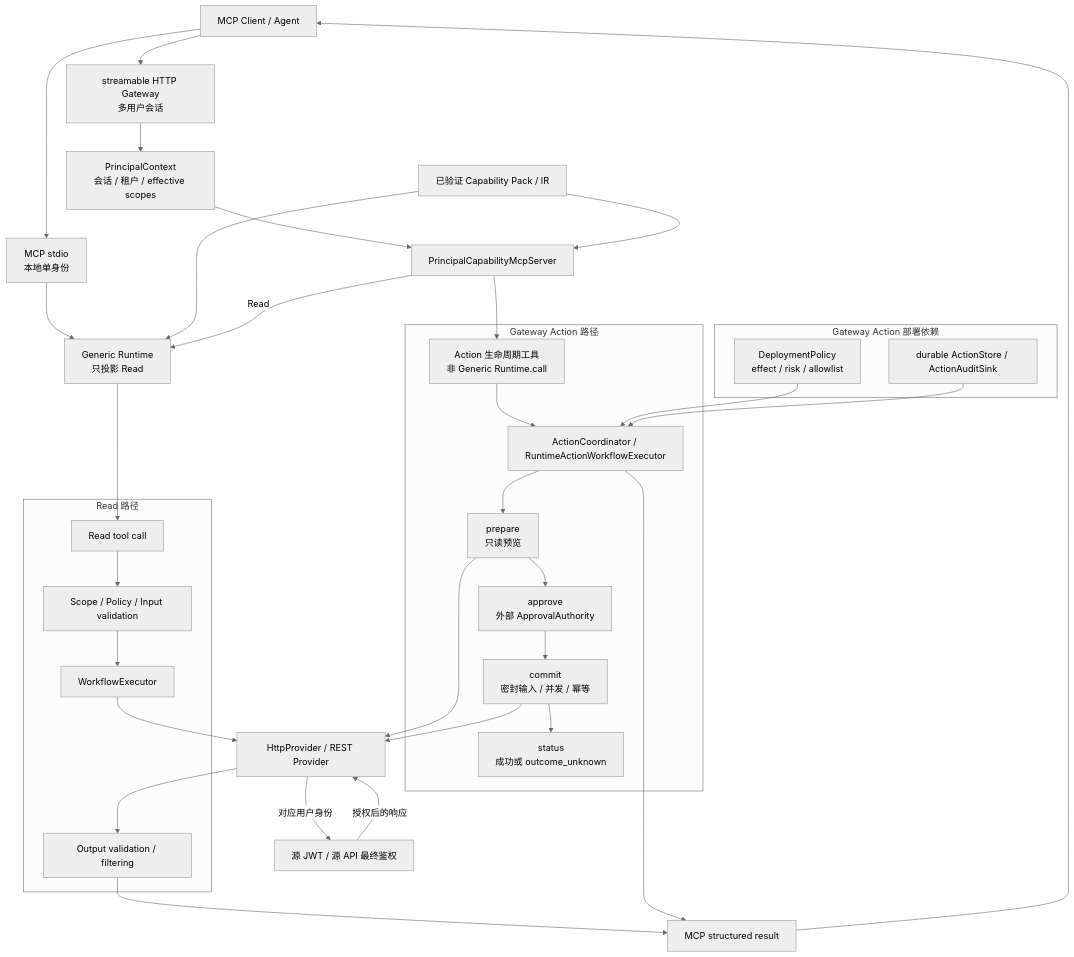
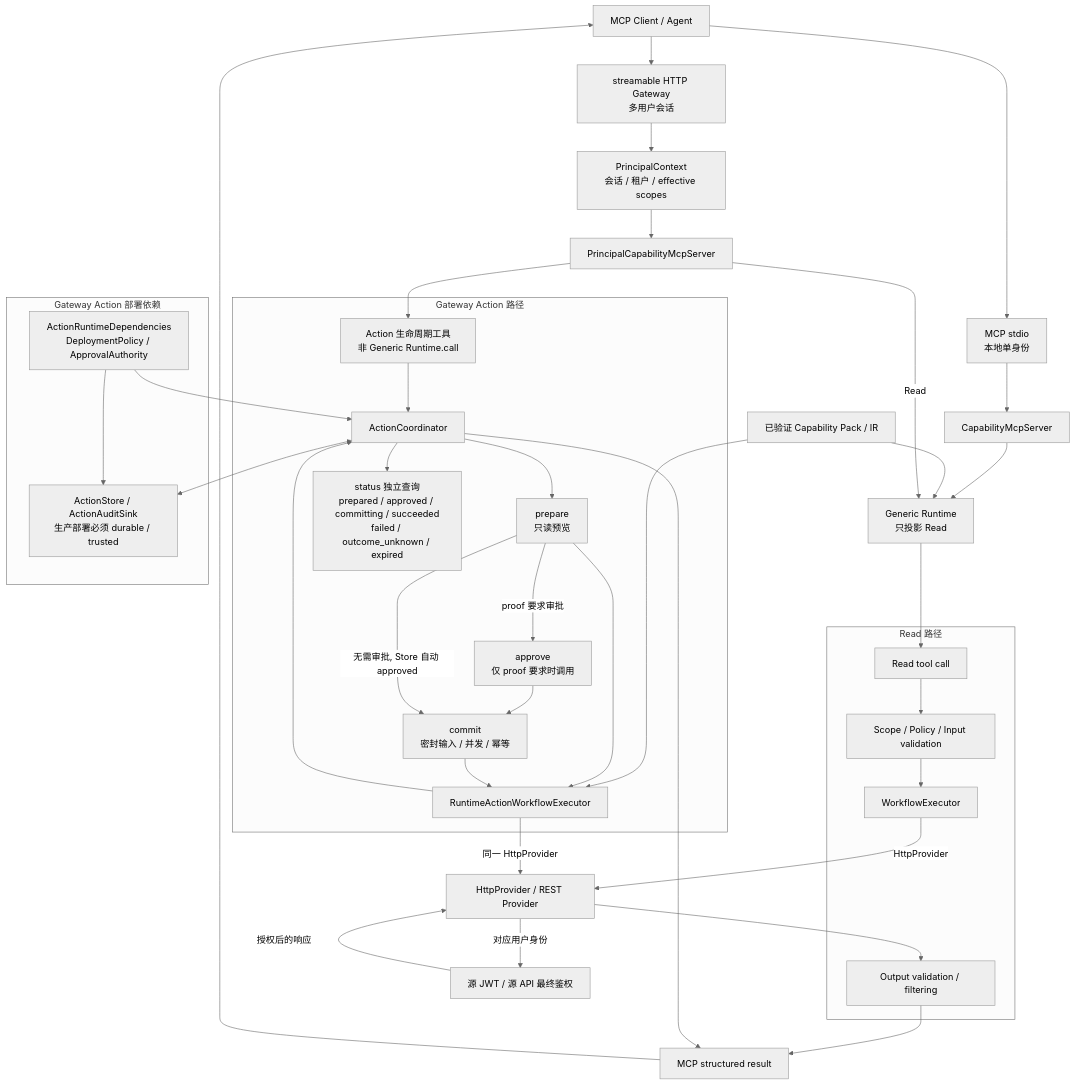
One commit to huang0752/agent-capability-compiler changed the third of 3 diagrams in README.md. Above: the diagram before and after it, drawn with Mermaid (neutral theme). The commit also changed other lines of this file and 1 other file, not shown here.

Commit message:
docs(readme): 修正 ACC 架构拓扑

````diff
--- a/README.md
+++ b/README.md
@@ -145,53 +147,61 @@
 ```mermaid
 flowchart TB
   MCP_CLIENT["MCP Client / Agent"]
   STDIO["MCP stdio<br/>本地单身份"]
   GATEWAY["streamable HTTP Gateway<br/>多用户会话"]
   PRINCIPAL["PrincipalContext<br/>会话 / 租户 / effective scopes"]
-  MCP_SERVER["PrincipalCapabilityMcpServer"]
+  STDIO_SERVER["CapabilityMcpServer"]
+  PRINCIPAL_SERVER["PrincipalCapabilityMcpServer"]
   PACK_LOAD["已验证 Capability Pack / IR"]
   RUNTIME_CORE["Generic Runtime<br/>只投影 Read"]
 
   subgraph read_path["Read 路径"]
     READ_CALL["Read tool call"]
     READ_GUARD["Scope / Policy / Input validation"]
     WORKFLOW["WorkflowExecutor"]
     OUTPUT["Output validation / filtering"]
   end
 
   subgraph action_path["Gateway Action 路径"]
     ACTION_TOOLS["Action 生命周期工具<br/>非 Generic Runtime.call"]
     PREPARE["prepare<br/>只读预览"]
-    APPROVE["approve<br/>外部 ApprovalAuthority"]
+    APPROVE["approve<br/>仅 proof 要求时调用"]
     COMMIT["commit<br/>密封输入 / 并发 / 幂等"]
-    STATUS["status<br/>成功或 outcome_unknown"]
-    COORDINATOR["ActionCoordinator / RuntimeActionWorkflowExecutor"]
+    STATUS["status 独立查询<br/>prepared / approved / committing / succeeded<br/>failed / outcome_unknown / expired"]
+    COORDINATOR["ActionCoordinator"]
+    ACTION_EXEC["RuntimeActionWorkflowExecutor"]
   end
 
   subgraph deployment["Gateway Action 部署依赖"]
-    DEPLOY["DeploymentPolicy<br/>effect / risk / allowlist"]
-    STATE["durable ActionStore / ActionAuditSink"]
+    ACTION_DEPS["ActionRuntimeDependencies<br/>DeploymentPolicy / ApprovalAuthority"]
+    STATE["ActionStore / ActionAuditSink<br/>生产部署必须 durable / trusted"]
   end
 
   PROVIDER["HttpProvider / REST Provider"]
   SOURCE_AUTH["源 JWT / 源 API 最终鉴权"]
   RESULT["MCP structured result"]
 
-  MCP_CLIENT --> STDIO --> RUNTIME_CORE
-  MCP_CLIENT --> GATEWAY --> PRINCIPAL --> MCP_SERVER
+  MCP_CLIENT --> STDIO --> STDIO_SERVER --> RUNTIME_CORE
+  MCP_CLIENT --> GATEWAY --> PRINCIPAL --> PRINCIPAL_SERVER
   PACK_LOAD --> RUNTIME_CORE
-  PACK_LOAD --> MCP_SERVER
-  MCP_SERVER -->|"Read"| RUNTIME_CORE
-  RUNTIME_CORE --> READ_CALL --> READ_GUARD --> WORKFLOW --> PROVIDER
+  PACK_LOAD --> ACTION_EXEC
+  PRINCIPAL_SERVER -->|"Read"| RUNTIME_CORE
+  RUNTIME_CORE --> READ_CALL --> READ_GUARD --> WORKFLOW
+  WORKFLOW -->|"HttpProvider"| PROVIDER
   PROVIDER --> OUTPUT --> RESULT --> MCP_CLIENT
-  MCP_SERVER --> ACTION_TOOLS
-  ACTION_TOOLS --> COORDINATOR
-  COORDINATOR --> PREPARE --> APPROVE --> COMMIT --> STATUS
+  PRINCIPAL_SERVER --> ACTION_TOOLS --> COORDINATOR
+  ACTION_DEPS --> COORDINATOR
+  ACTION_DEPS --> STATE
+  ACTION_EXEC --> COORDINATOR
+  COORDINATOR --> PREPARE
+  PREPARE -->|"proof 要求审批"| APPROVE --> COMMIT
+  PREPARE -->|"无需审批, Store 自动 approved"| COMMIT
+  COORDINATOR --> STATUS
+  COORDINATOR <--> STATE
+  PREPARE --> ACTION_EXEC
+  COMMIT --> ACTION_EXEC
+  ACTION_EXEC -->|"同一 HttpProvider"| PROVIDER
   COORDINATOR --> RESULT
-  DEPLOY --> COORDINATOR
-  STATE --> COORDINATOR
-  PREPARE --> PROVIDER
-  COMMIT --> PROVIDER
   PROVIDER -->|"对应用户身份"| SOURCE_AUTH
   SOURCE_AUTH -->|"授权后的响应"| PROVIDER
 ```
````
